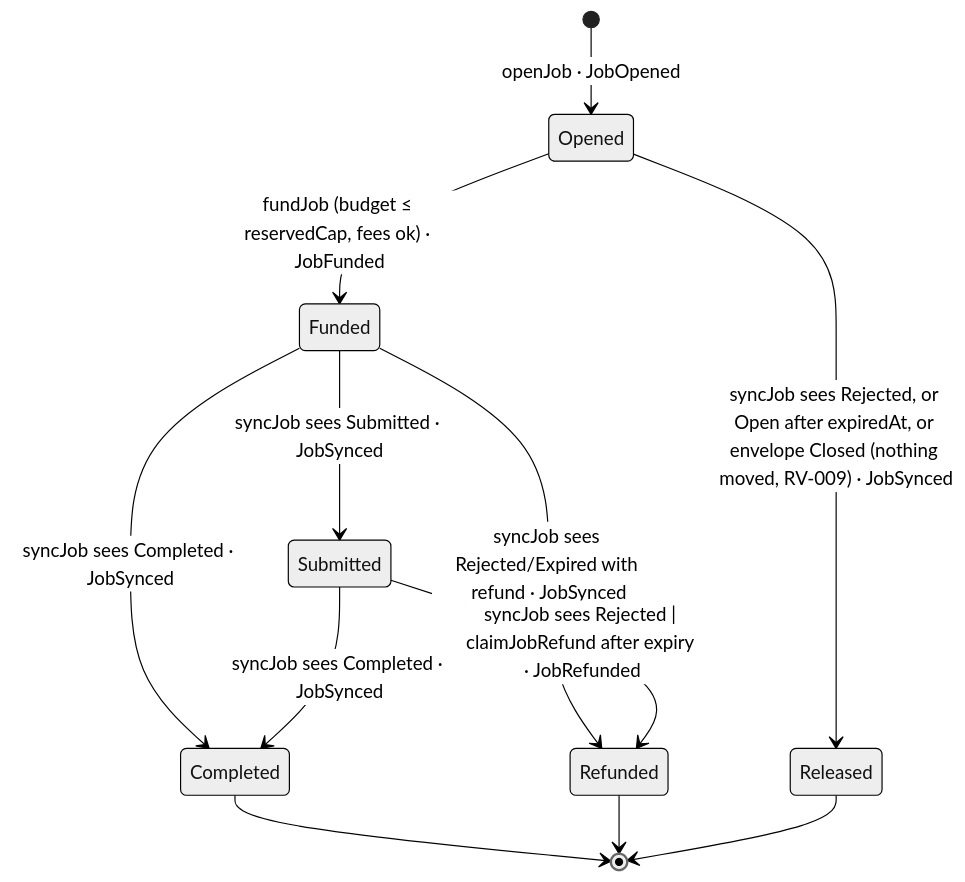
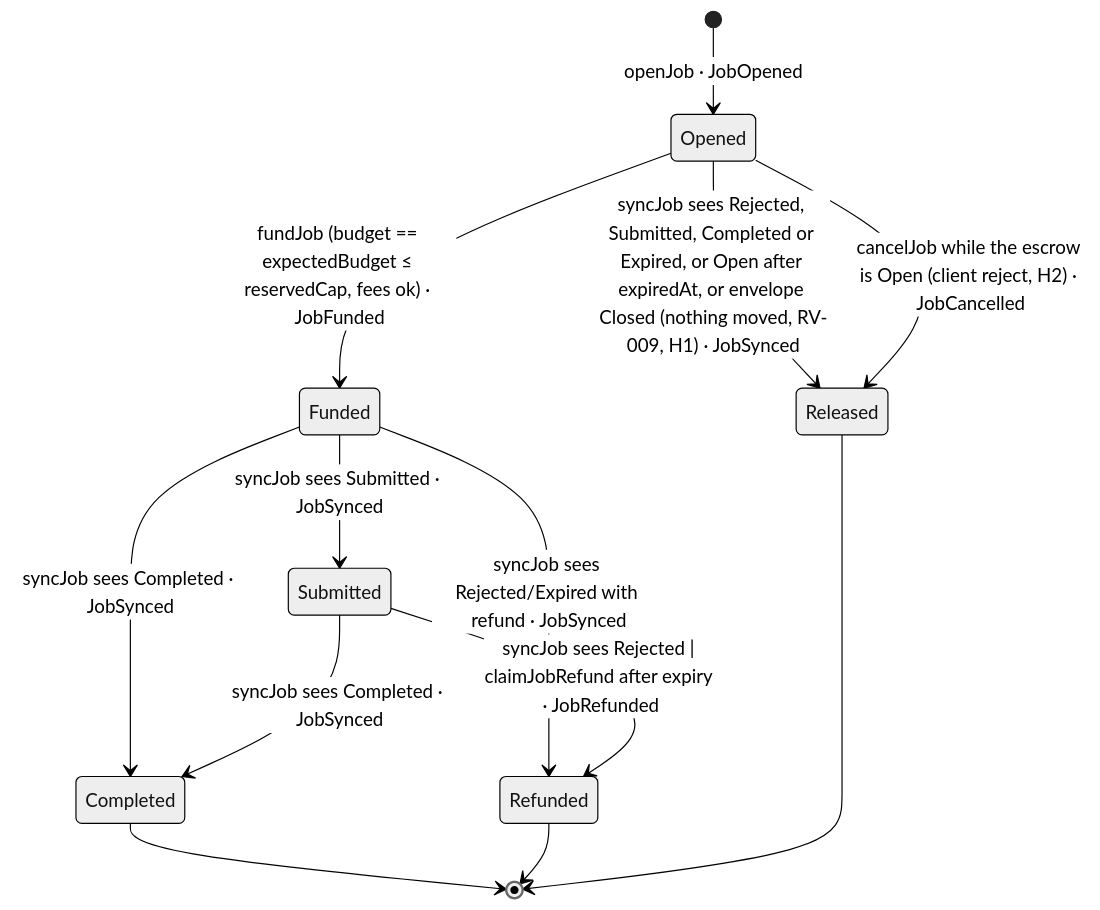
Before and after one commit to zaryab2000/czar: the fourth of 4 diagrams in docs/specs/03-smart-contracts/czar-vault.md, drawn with Mermaid (neutral theme). The commit also changed other lines of this file and 8 other files, not shown here.

First line of the commit message:
Job path PR 1: vault recovery, cancelJob, expectedBudget (D87)

````diff
--- a/docs/specs/03-smart-contracts/czar-vault.md
+++ b/docs/specs/03-smart-contracts/czar-vault.md
@@ -412,14 +414,15 @@
 ```mermaid
 stateDiagram-v2
   [*] --> Opened: openJob · JobOpened
-  Opened --> Funded: fundJob (budget ≤ reservedCap, fees ok) · JobFunded
+  Opened --> Funded: fundJob (budget == expectedBudget ≤ reservedCap, fees ok) · JobFunded
   Funded --> Submitted: syncJob sees Submitted · JobSynced
   Funded --> Completed: syncJob sees Completed · JobSynced
   Submitted --> Completed: syncJob sees Completed · JobSynced
   Funded --> Refunded: syncJob sees Rejected/Expired with refund · JobSynced
   Submitted --> Refunded: syncJob sees Rejected | claimJobRefund after expiry · JobRefunded
-  Opened --> Released: syncJob sees Rejected, or Open after expiredAt, or envelope Closed (nothing moved, RV-009) · JobSynced
+  Opened --> Released: syncJob sees Rejected, Submitted, Completed or Expired, or Open after expiredAt, or envelope Closed (nothing moved, RV-009, H1) · JobSynced
+  Opened --> Released: cancelJob while the escrow is Open (client reject, H2) · JobCancelled
   Completed --> [*]
   Refunded --> [*]
   Released --> [*]
 ```
````
